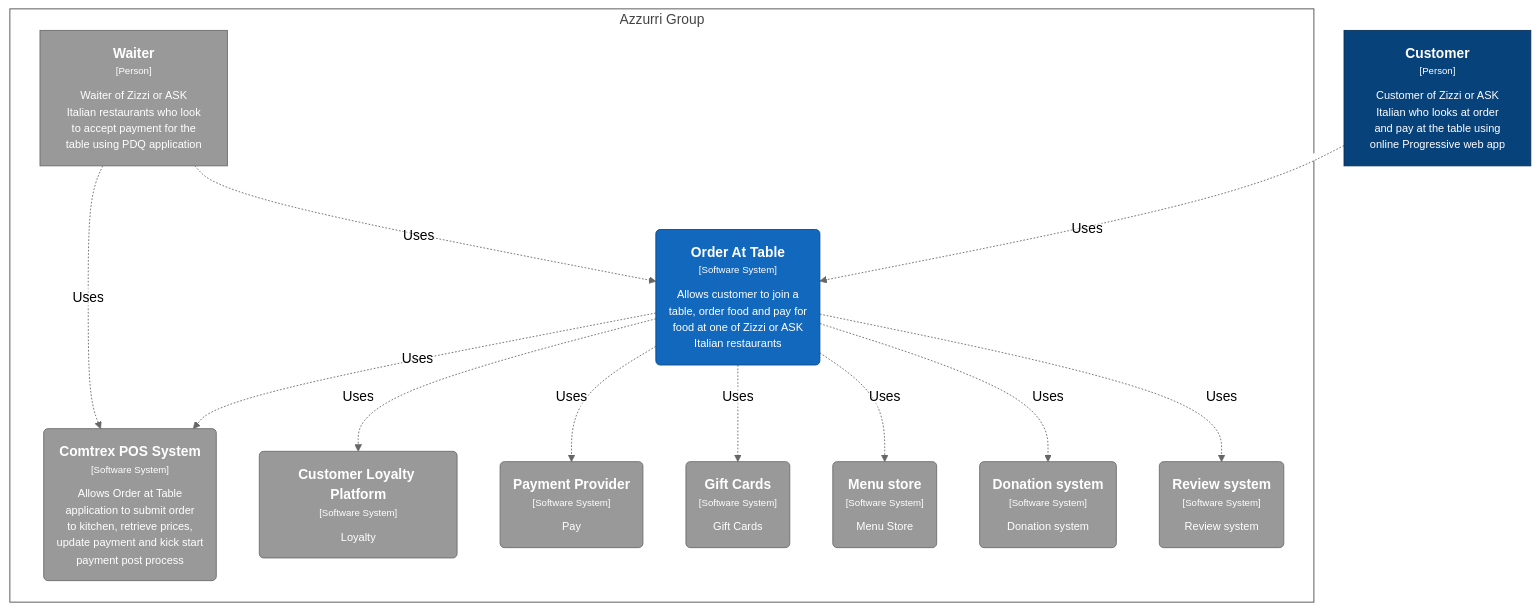
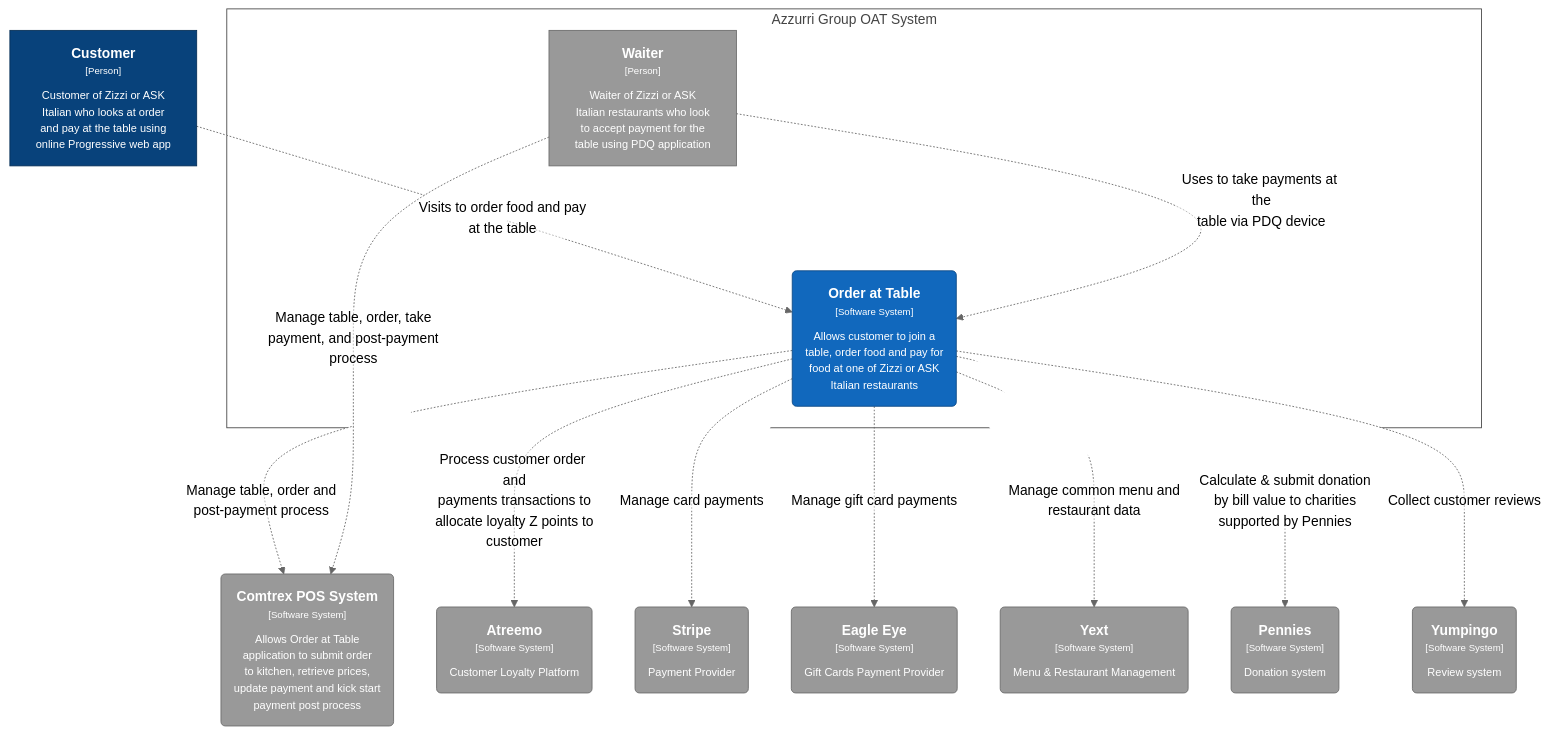
Before and after one commit to anandakumarpalanisamy/css-recipes: the first of 2 diagrams in README.md, drawn with Mermaid (neutral theme). The commit also changed other lines of this file, not shown here.

````diff
--- a/README.md
+++ b/README.md
@@ -8,41 +8,41 @@
 ```mermaid
 graph TB
   linkStyle default fill:#ffffff
 
-  subgraph enterprise [Azzurri Group]
+  subgraph enterprise [Azzurri Group OAT System]
     style enterprise fill:#ffffff,stroke:#444444,color:#444444
 
-    10("<div style='font-weight: bold'>Review system</div><div style='font-size: 70%; margin-top: 0px'>[Software System]</div><div style='font-size: 80%; margin-top:10px'>Review system</div>")
-    style 10 fill:#999999,stroke:#6b6b6b,color:#ffffff
     2["<div style='font-weight: bold'>Waiter</div><div style='font-size: 70%; margin-top: 0px'>[Person]</div><div style='font-size: 80%; margin-top:10px'>Waiter of Zizzi or ASK<br />Italian restaurants who look<br />to accept payment for the<br />table using PDQ application</div>"]
     style 2 fill:#999999,stroke:#6b6b6b,color:#ffffff
-    3("<div style='font-weight: bold'>Order At Table</div><div style='font-size: 70%; margin-top: 0px'>[Software System]</div><div style='font-size: 80%; margin-top:10px'>Allows customer to join a<br />table, order food and pay for<br />food at one of Zizzi or ASK<br />Italian restaurants</div>")
+    3("<div style='font-weight: bold'>Order at Table</div><div style='font-size: 70%; margin-top: 0px'>[Software System]</div><div style='font-size: 80%; margin-top:10px'>Allows customer to join a<br />table, order food and pay for<br />food at one of Zizzi or ASK<br />Italian restaurants</div>")
     style 3 fill:#1168bd,stroke:#0b4884,color:#ffffff
-    4("<div style='font-weight: bold'>Comtrex POS System</div><div style='font-size: 70%; margin-top: 0px'>[Software System]</div><div style='font-size: 80%; margin-top:10px'>Allows Order at Table<br />application to submit order<br />to kitchen, retrieve prices,<br />update payment and kick start<br />payment post process</div>")
-    style 4 fill:#999999,stroke:#6b6b6b,color:#ffffff
-    5("<div style='font-weight: bold'>Customer Loyalty Platform</div><div style='font-size: 70%; margin-top: 0px'>[Software System]</div><div style='font-size: 80%; margin-top:10px'>Loyalty</div>")
-    style 5 fill:#999999,stroke:#6b6b6b,color:#ffffff
-    6("<div style='font-weight: bold'>Payment Provider</div><div style='font-size: 70%; margin-top: 0px'>[Software System]</div><div style='font-size: 80%; margin-top:10px'>Pay</div>")
-    style 6 fill:#999999,stroke:#6b6b6b,color:#ffffff
-    7("<div style='font-weight: bold'>Gift Cards</div><div style='font-size: 70%; margin-top: 0px'>[Software System]</div><div style='font-size: 80%; margin-top:10px'>Gift Cards</div>")
-    style 7 fill:#999999,stroke:#6b6b6b,color:#ffffff
-    8("<div style='font-weight: bold'>Menu store</div><div style='font-size: 70%; margin-top: 0px'>[Software System]</div><div style='font-size: 80%; margin-top:10px'>Menu Store</div>")
-    style 8 fill:#999999,stroke:#6b6b6b,color:#ffffff
-    9("<div style='font-weight: bold'>Donation system</div><div style='font-size: 70%; margin-top: 0px'>[Software System]</div><div style='font-size: 80%; margin-top:10px'>Donation system</div>")
-    style 9 fill:#999999,stroke:#6b6b6b,color:#ffffff
   end
 
   1["<div style='font-weight: bold'>Customer</div><div style='font-size: 70%; margin-top: 0px'>[Person]</div><div style='font-size: 80%; margin-top:10px'>Customer of Zizzi or ASK<br />Italian who looks at order<br />and pay at the table using<br />online Progressive web app</div>"]
   style 1 fill:#08427b,stroke:#052e56,color:#ffffff
+  13("<div style='font-weight: bold'>Comtrex POS System</div><div style='font-size: 70%; margin-top: 0px'>[Software System]</div><div style='font-size: 80%; margin-top:10px'>Allows Order at Table<br />application to submit order<br />to kitchen, retrieve prices,<br />update payment and kick start<br />payment post process</div>")
+  style 13 fill:#999999,stroke:#6b6b6b,color:#ffffff
+  14("<div style='font-weight: bold'>Atreemo</div><div style='font-size: 70%; margin-top: 0px'>[Software System]</div><div style='font-size: 80%; margin-top:10px'>Customer Loyalty Platform</div>")
+  style 14 fill:#999999,stroke:#6b6b6b,color:#ffffff
+  15("<div style='font-weight: bold'>Stripe</div><div style='font-size: 70%; margin-top: 0px'>[Software System]</div><div style='font-size: 80%; margin-top:10px'>Payment Provider</div>")
+  style 15 fill:#999999,stroke:#6b6b6b,color:#ffffff
+  16("<div style='font-weight: bold'>Eagle Eye</div><div style='font-size: 70%; margin-top: 0px'>[Software System]</div><div style='font-size: 80%; margin-top:10px'>Gift Cards Payment Provider</div>")
+  style 16 fill:#999999,stroke:#6b6b6b,color:#ffffff
+  17("<div style='font-weight: bold'>Yext</div><div style='font-size: 70%; margin-top: 0px'>[Software System]</div><div style='font-size: 80%; margin-top:10px'>Menu & Restaurant Management</div>")
+  style 17 fill:#999999,stroke:#6b6b6b,color:#ffffff
+  18("<div style='font-weight: bold'>Pennies</div><div style='font-size: 70%; margin-top: 0px'>[Software System]</div><div style='font-size: 80%; margin-top:10px'>Donation system</div>")
+  style 18 fill:#999999,stroke:#6b6b6b,color:#ffffff
+  19("<div style='font-weight: bold'>Yumpingo</div><div style='font-size: 70%; margin-top: 0px'>[Software System]</div><div style='font-size: 80%; margin-top:10px'>Review system</div>")
+  style 19 fill:#999999,stroke:#6b6b6b,color:#ffffff
 
-  1-. "<div>Uses</div><div style='font-size: 70%'></div>" .->3
-  2-. "<div>Uses</div><div style='font-size: 70%'></div>" .->3
-  3-. "<div>Uses</div><div style='font-size: 70%'></div>" .->4
-  2-. "<div>Uses</div><div style='font-size: 70%'></div>" .->4
-  3-. "<div>Uses</div><div style='font-size: 70%'></div>" .->5
-  3-. "<div>Uses</div><div style='font-size: 70%'></div>" .->6
-  3-. "<div>Uses</div><div style='font-size: 70%'></div>" .->7
-  3-. "<div>Uses</div><div style='font-size: 70%'></div>" .->8
-  3-. "<div>Uses</div><div style='font-size: 70%'></div>" .->9
-  3-. "<div>Uses</div><div style='font-size: 70%'></div>" .->10
+  1-. "<div>Visits to order food and pay<br />at the table</div><div style='font-size: 70%'></div>" .->3
+  2-. "<div>Uses to take payments at the<br />table via PDQ device</div><div style='font-size: 70%'></div>" .->3
+  3-. "<div>Manage table, order and<br />post-payment process</div><div style='font-size: 70%'></div>" .->13
+  2-. "<div>Manage table, order, take<br />payment, and post-payment<br />process</div><div style='font-size: 70%'></div>" .->13
+  3-. "<div>Process customer order and<br />payments transactions to<br />allocate loyalty Z points to<br />customer</div><div style='font-size: 70%'></div>" .->14
+  3-. "<div>Manage card payments</div><div style='font-size: 70%'></div>" .->15
+  3-. "<div>Manage gift card payments</div><div style='font-size: 70%'></div>" .->16
+  3-. "<div>Manage common menu and<br />restaurant data</div><div style='font-size: 70%'></div>" .->17
+  3-. "<div>Calculate & submit donation<br />by bill value to charities<br />supported by Pennies</div><div style='font-size: 70%'></div>" .->18
+  3-. "<div>Collect customer reviews</div><div style='font-size: 70%'></div>" .->19
 ```
````
